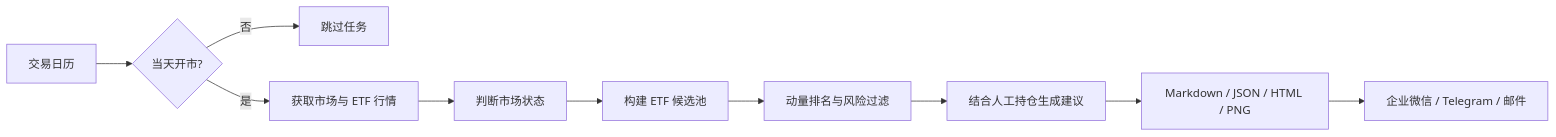
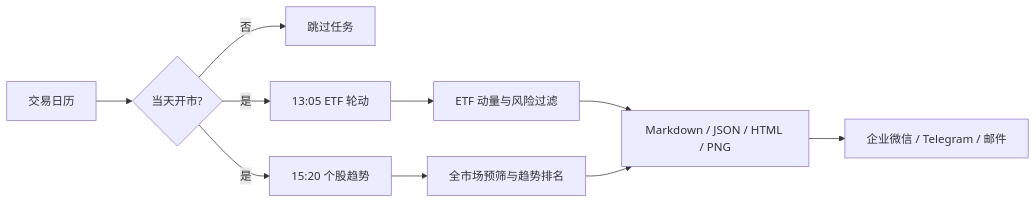
One commit to nekoimi/mom-select changed the diagram in README.md. Above: the diagram before and after it, drawn with Mermaid. The commit also changed other lines of this file and 39 other files, not shown here.

````diff
--- a/README.md
+++ b/README.md
@@ -36,12 +38,12 @@
 ```mermaid
 flowchart LR
     A[交易日历] --> B{当天开市?}
     B -- 否 --> C[跳过任务]
-    B -- 是 --> D[获取市场与 ETF 行情]
-    D --> E[判断市场状态]
-    E --> F[构建 ETF 候选池]
-    F --> G[动量排名与风险过滤]
-    G --> H[结合人工持仓生成建议]
-    H --> I[Markdown / JSON / HTML / PNG]
-    I --> J[企业微信 / Telegram / 邮件]
+    B -- 是 --> D[13:05 ETF 轮动]
+    B -- 是 --> E[15:20 个股趋势]
+    D --> F[ETF 动量与风险过滤]
+    E --> G[全市场预筛与趋势排名]
+    F --> H[Markdown / JSON / HTML / PNG]
+    G --> H
+    H --> I[企业微信 / Telegram / 邮件]
 ```
````
